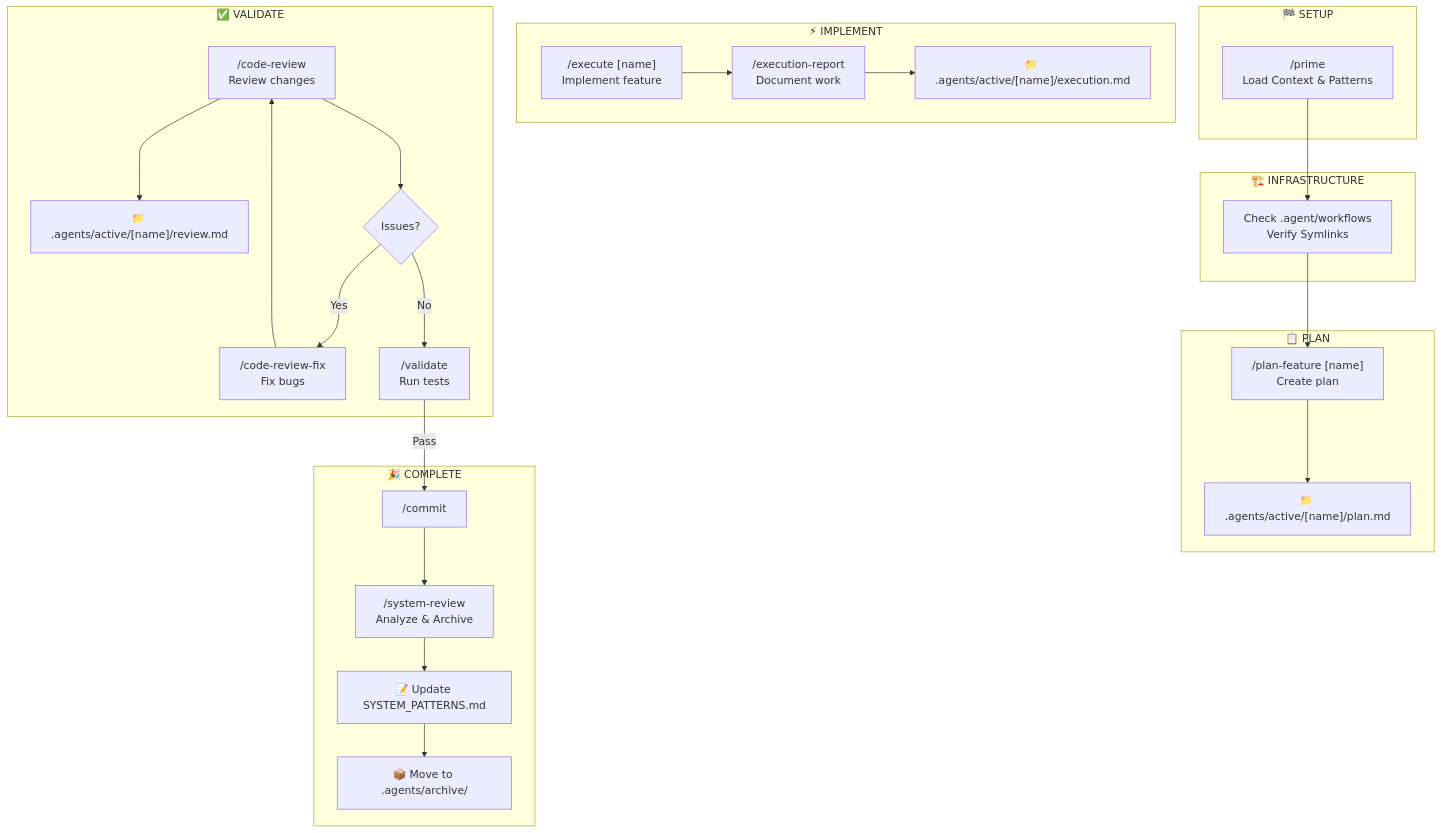
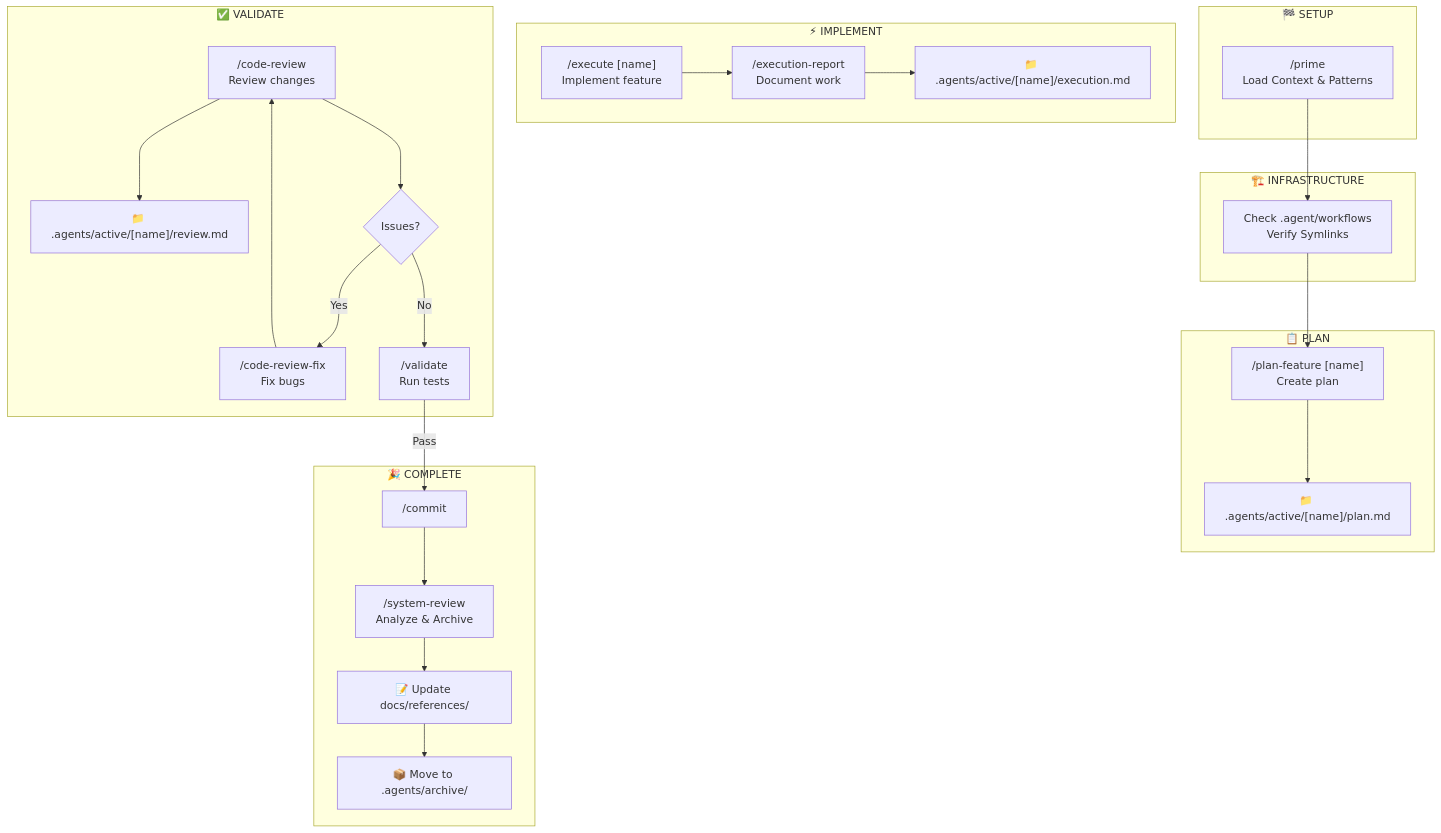
One commit to claessandahl-arch/grocer-gist-2.0 changed the diagram in WORKFLOW.md. Above: the diagram before and after it, drawn with Mermaid. The commit also changed other lines of this file and 23 other files, not shown here.

````diff
--- a/WORKFLOW.md
+++ b/WORKFLOW.md
@@ -15,53 +15,53 @@
 ```mermaid
 flowchart TB
     subgraph SETUP["🏁 SETUP"]
         prime["/prime<br/>Load Context & Patterns"]
     end
     
     subgraph INFRA["🏗️ INFRASTRUCTURE"]
         check["Check .agent/workflows<br/>Verify Symlinks"]
         prime --> check
     end
 
     subgraph PLAN["📋 PLAN"]
         plan["/plan-feature [name]<br/>Create plan"]
         plan_output["📁 .agents/active/[name]/plan.md"]
         check --> plan
         plan --> plan_output
     end
 
     subgraph IMPLEMENT["⚡ IMPLEMENT"]
         execute["/execute [name]<br/>Implement feature"]
         report["/execution-report<br/>Document work"]
         execute --> report
         report_output["📁 .agents/active/[name]/execution.md"]
         report --> report_output
     end
 
     subgraph VALIDATE["✅ VALIDATE"]
         review["/code-review<br/>Review changes"]
         review_output["📁 .agents/active/[name]/review.md"]
         review --> review_output
         
         fix{Issues?}
         review_fix["/code-review-fix<br/>Fix bugs"]
         validate["/validate<br/>Run tests"]
         
         review --> fix
         fix -->|Yes| review_fix
         review_fix --> review
         fix -->|No| validate
     end
 
     subgraph COMPLETE["🎉 COMPLETE"]
         commit["/commit"]
         system["/system-review<br/>Analyze & Archive"]
-        memory["📝 Update SYSTEM_PATTERNS.md"]
+        memory["📝 Update docs/references/"]
         archive["📦 Move to .agents/archive/"]
         
         validate -->|Pass| commit
         commit --> system
         system --> memory
         memory --> archive
     end
 ```
````
